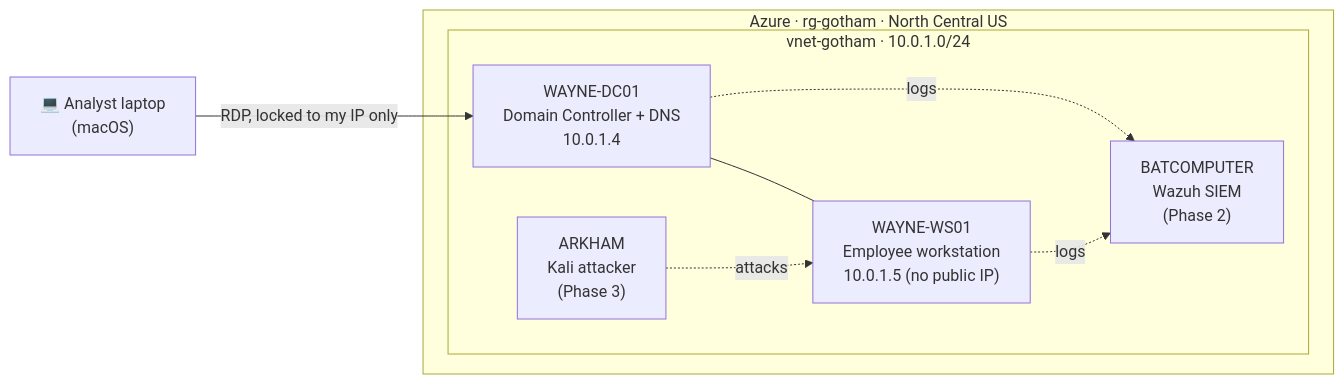
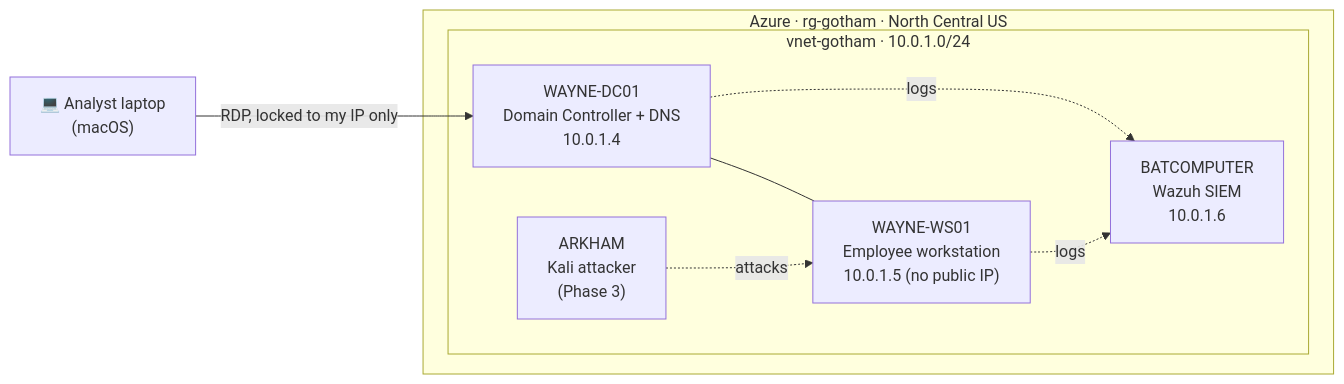
Before and after one commit to surenadehghan/wayne-enterprises-soc-lab: the diagram in README.md, drawn with Mermaid. The commit also changed other lines of this file and 2 other files, not shown here.

Commit message:
Phase 2 complete: credential rotation, MITRE view of session activity
Claude-Session: https://claude.ai/code/session_01YSZeUSKY3cyEcbZLJopuU9

````diff
--- a/README.md
+++ b/README.md
@@ -13,18 +13,18 @@
 ```mermaid
 flowchart LR
   you["💻 Analyst laptop<br/>(macOS)"] -->|"RDP, locked to my IP only"| dc
 
   subgraph azure["Azure · rg-gotham · North Central US"]
     subgraph vnet["vnet-gotham · 10.0.1.0/24"]
       dc["WAYNE-DC01<br/>Domain Controller + DNS<br/>10.0.1.4"]
       ws["WAYNE-WS01<br/>Employee workstation<br/>10.0.1.5 (no public IP)"]
-      bat["BATCOMPUTER<br/>Wazuh SIEM<br/>(Phase 2)"]
+      bat["BATCOMPUTER<br/>Wazuh SIEM<br/>10.0.1.6"]
       kali["ARKHAM<br/>Kali attacker<br/>(Phase 3)"]
     end
   end
 
   dc --- ws
   ws -.->|logs| bat
   dc -.->|logs| bat
   kali -.->|attacks| ws
 ```
````
